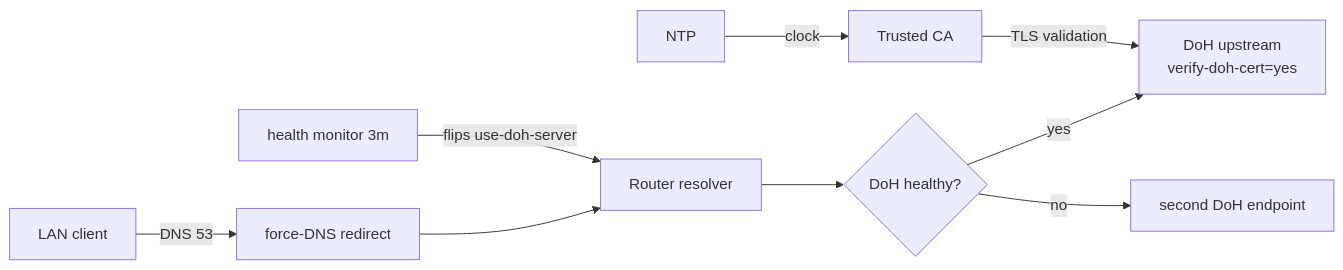
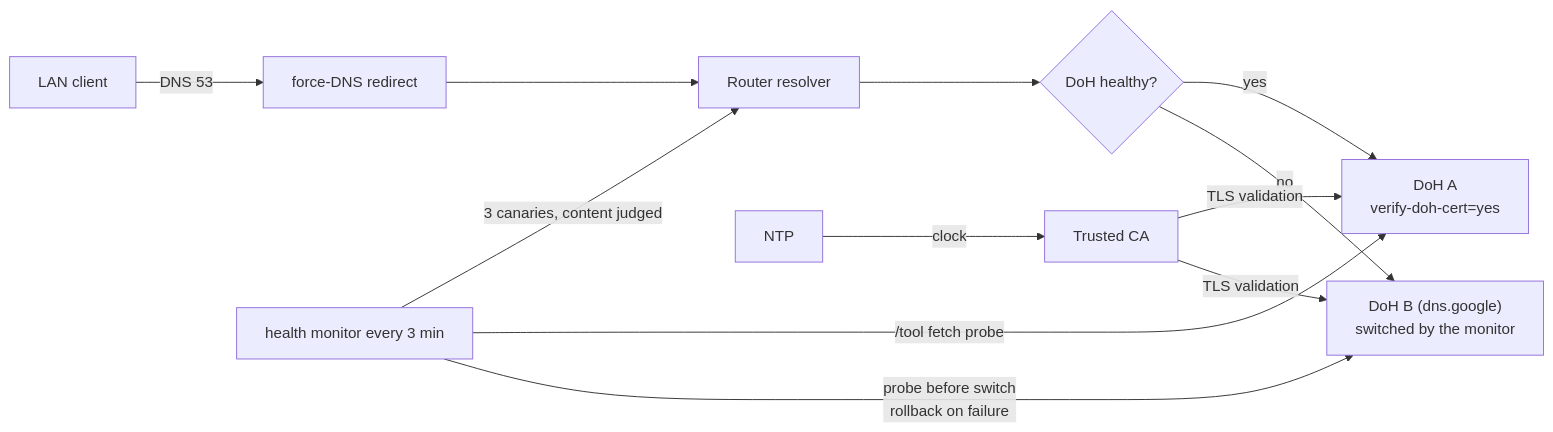
The diagram in README.md (paulmann/mikrotik-doh-failover), drawn with Mermaid before and after one commit. The commit also changed other lines of this file and 14 other files, not shown here.

````diff
--- a/README.md
+++ b/README.md
@@ -99,11 +132,14 @@
 ```mermaid
 flowchart LR
     Client["LAN client"] -->|"DNS 53"| ForceDNS["force-DNS redirect"]
     ForceDNS --> Resolver["Router resolver"]
     Resolver --> Mode{"DoH healthy?"}
-    Mode -->|"yes"| DoH["DoH upstream<br/>verify-doh-cert=yes"]
-    Mode -->|"no"| Plain["second DoH endpoint"]
-    Monitor["health monitor 3m"] -->|"flips use-doh-server"| Resolver
+    Mode -->|"yes"| DoH["DoH A<br/>verify-doh-cert=yes"]
+    Mode -->|"no"| DoHB["DoH B (dns.google)<br/>switched by the monitor"]
+    Monitor["health monitor every 3 min"] -->|"3 canaries, content judged"| Resolver
+    Monitor -->|"/tool fetch probe"| DoH
+    Monitor -->|"probe before switch<br/>rollback on failure"| DoHB
     CA["Trusted CA"] -->|"TLS validation"| DoH
+    CA -->|"TLS validation"| DoHB
     NTP["NTP"] -->|"clock"| CA
 ```
````
